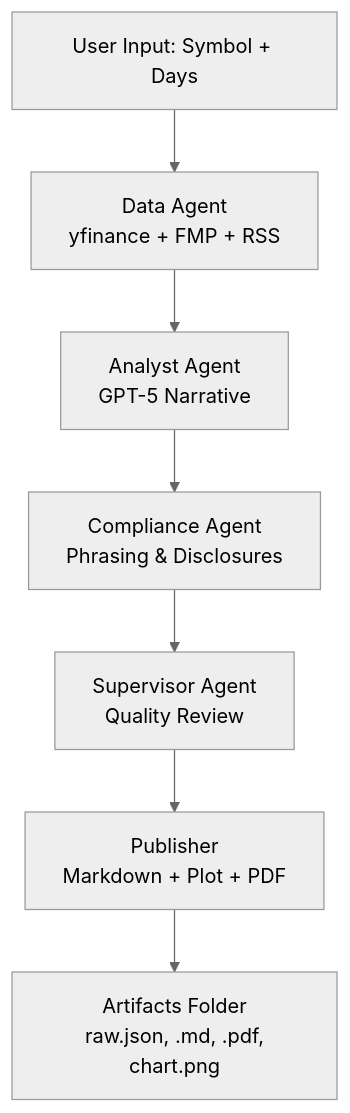
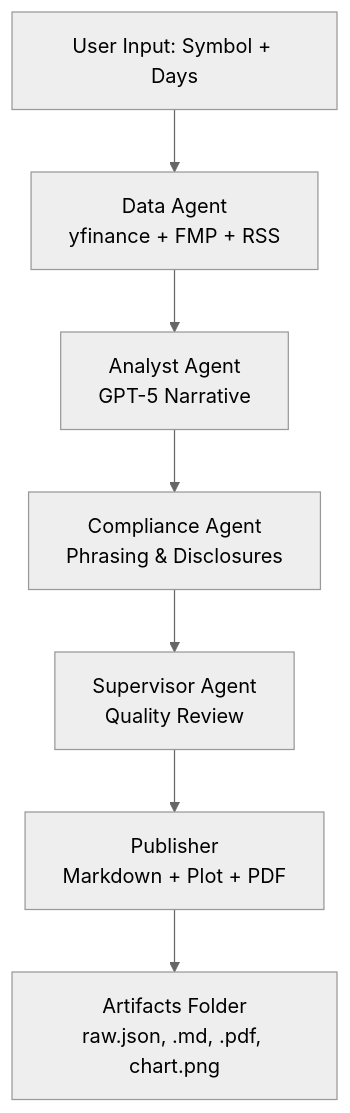
Before and after one commit to mohanelango/multiagent-stock-research: the diagram in docs/architecture.md, drawn with Mermaid (neutral theme).

````diff
--- a/docs/architecture.md
+++ b/docs/architecture.md
@@ -21,11 +21,12 @@
 ```mermaid
 flowchart TD
-    A[User Input: Symbol + Days] --> B["Data Agent\n yfinance + FMP + RSS"]
-    B --> C["Analyst Agent\n GPT-5 Narrative"]
-    C --> D["Compliance Agent\n Phrasing & Disclosures"]
-    D --> E["Supervisor Agent\n Quality Review"]
-    E --> F["Publisher\n Markdown + Plot + PDF"]
-    F --> G["Artifacts Folder\n raw.json, .md, .pdf, chart.png"]
+    A["User Input: Symbol + Days"] --> B["Data Agent<br/>yfinance + FMP + RSS"]
+    B --> C["Analyst Agent<br/>GPT-5 Narrative"]
+    C --> D["Compliance Agent<br/>Phrasing & Disclosures"]
+    D --> E["Supervisor Agent<br/>Quality Review"]
+    E --> F["Publisher<br/>Markdown + Plot + PDF"]
+    F --> G["Artifacts Folder<br/>raw.json, .md, .pdf, chart.png"]
+
 
 
 ```
````
